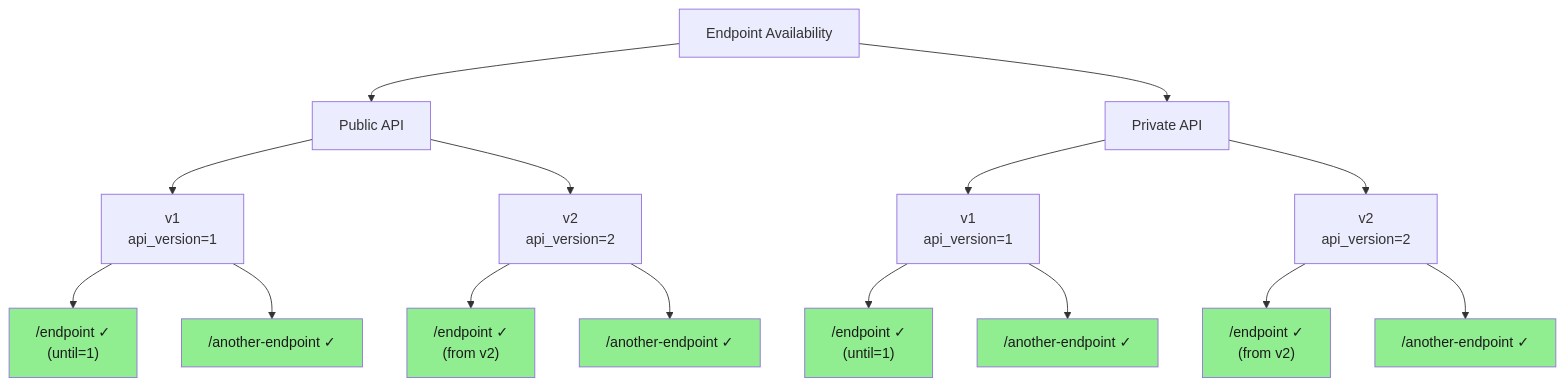
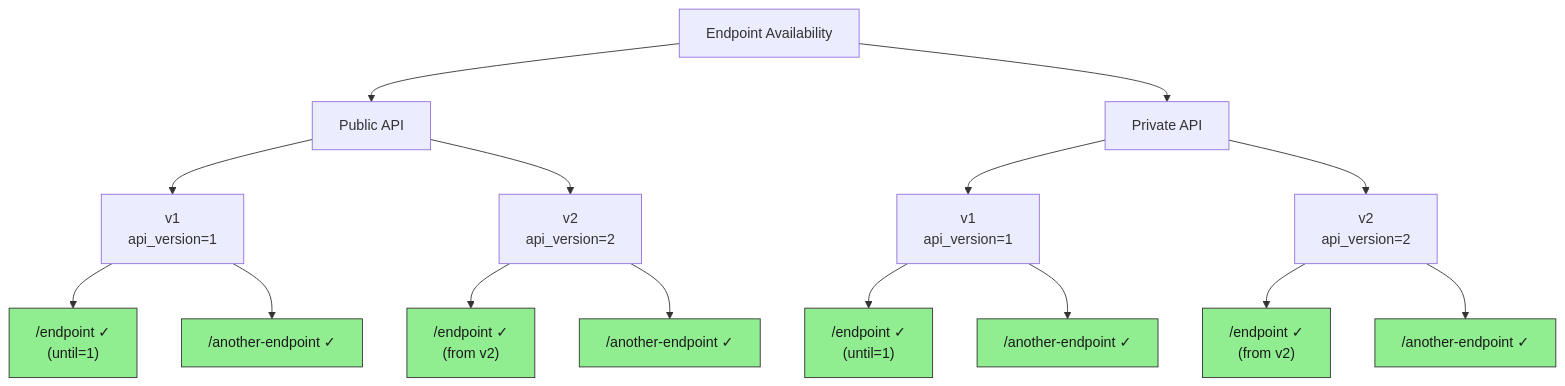
The diagram in docs/en/examples/multiple.md (feodor-ra/fastapi-easy-versioning), drawn with Mermaid before and after one commit. The commit also changed 5 other files, not shown here.

Commit message:
docs: colour mermaid nodes with classDef instead of per-node styles

````diff
--- a/docs/en/examples/multiple.md
+++ b/docs/en/examples/multiple.md
@@ -100,36 +100,25 @@
 ```mermaid
 graph TD
     A[Endpoint Availability] --> B[Public API]
     A --> C[Private API]
 
     B --> B1[v1<br/>api_version=1]
     B --> B2[v2<br/>api_version=2]
 
     C --> C1[v1<br/>api_version=1]
     C --> C2[v2<br/>api_version=2]
 
-    B1 --> B11["/endpoint ✓<br/>(until=1)"]
-    B1 --> B12["/another-endpoint ✓"]
+    B1 --> B11["/endpoint ✓<br/>(until=1)"]:::available
+    B1 --> B12["/another-endpoint ✓"]:::available
 
-    B2 --> B21["/endpoint ✓<br/>(from v2)"]
-    B2 --> B22["/another-endpoint ✓"]
+    B2 --> B21["/endpoint ✓<br/>(from v2)"]:::available
+    B2 --> B22["/another-endpoint ✓"]:::available
 
-    C1 --> C11["/endpoint ✓<br/>(until=1)"]
-    C1 --> C12["/another-endpoint ✓"]
+    C1 --> C11["/endpoint ✓<br/>(until=1)"]:::available
+    C1 --> C12["/another-endpoint ✓"]:::available
 
-    C2 --> C21["/endpoint ✓<br/>(from v2)"]
-    C2 --> C22["/another-endpoint ✓"]
+    C2 --> C21["/endpoint ✓<br/>(from v2)"]:::available
+    C2 --> C22["/another-endpoint ✓"]:::available
 
-    style B11 fill:#90EE90,color:#1b1b1b
-    style B12 fill:#90EE90,color:#1b1b1b
-    style B21 fill:#90EE90,color:#1b1b1b
-    style B22 fill:#90EE90,color:#1b1b1b
-
-    style C11 fill:#90EE90,color:#1b1b1b
-    style C12 fill:#90EE90,color:#1b1b1b
-    style C21 fill:#90EE90,color:#1b1b1b
-    style C22 fill:#90EE90,color:#1b1b1b
-
-    classDef available fill:#90EE90,color:#1b1b1b,stroke:#333;
-    classDef notAvailable fill:#FFB6C1,color:#1b1b1b,stroke:#333;
+    classDef available fill:#90EE90,stroke:#333,color:#1b1b1b
 ```
````
